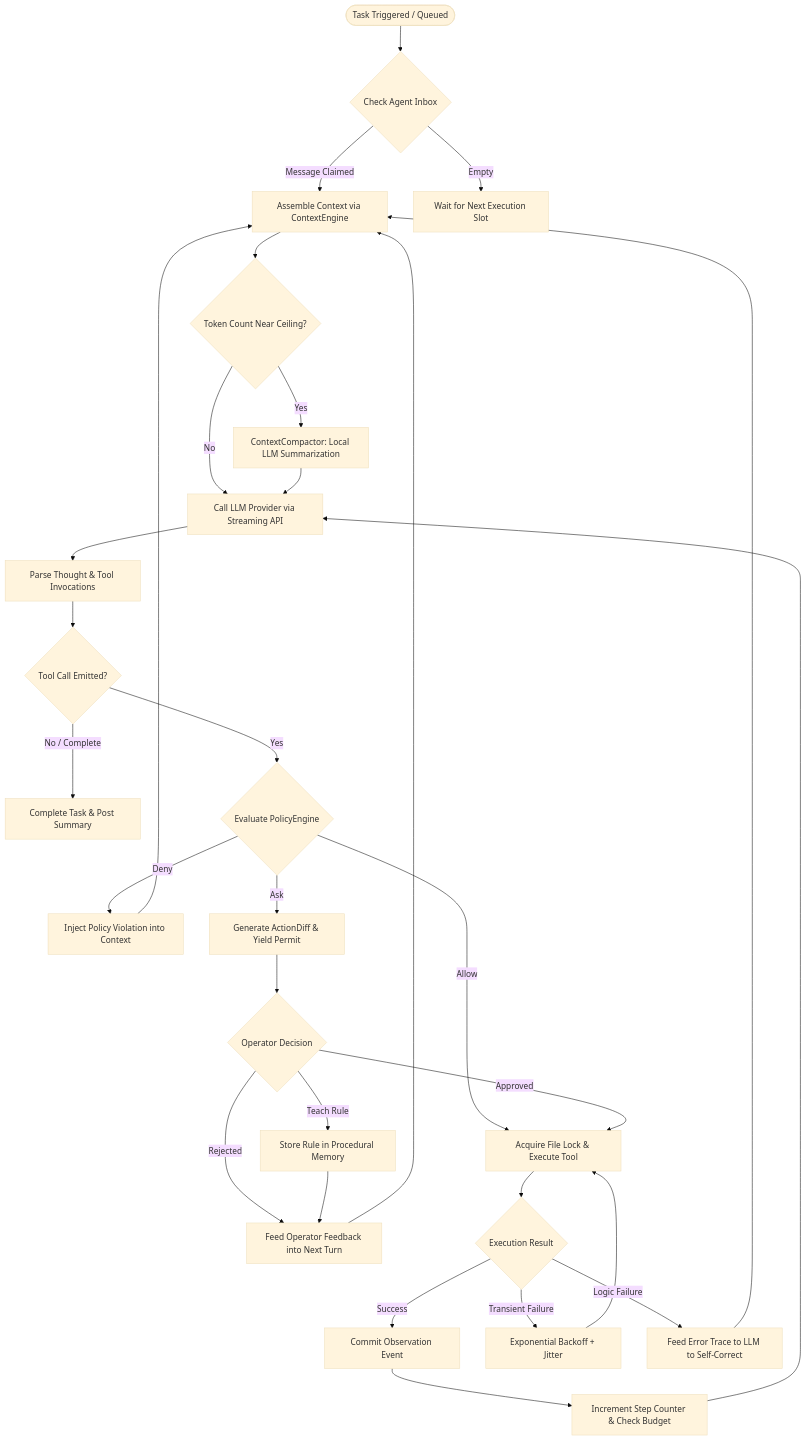
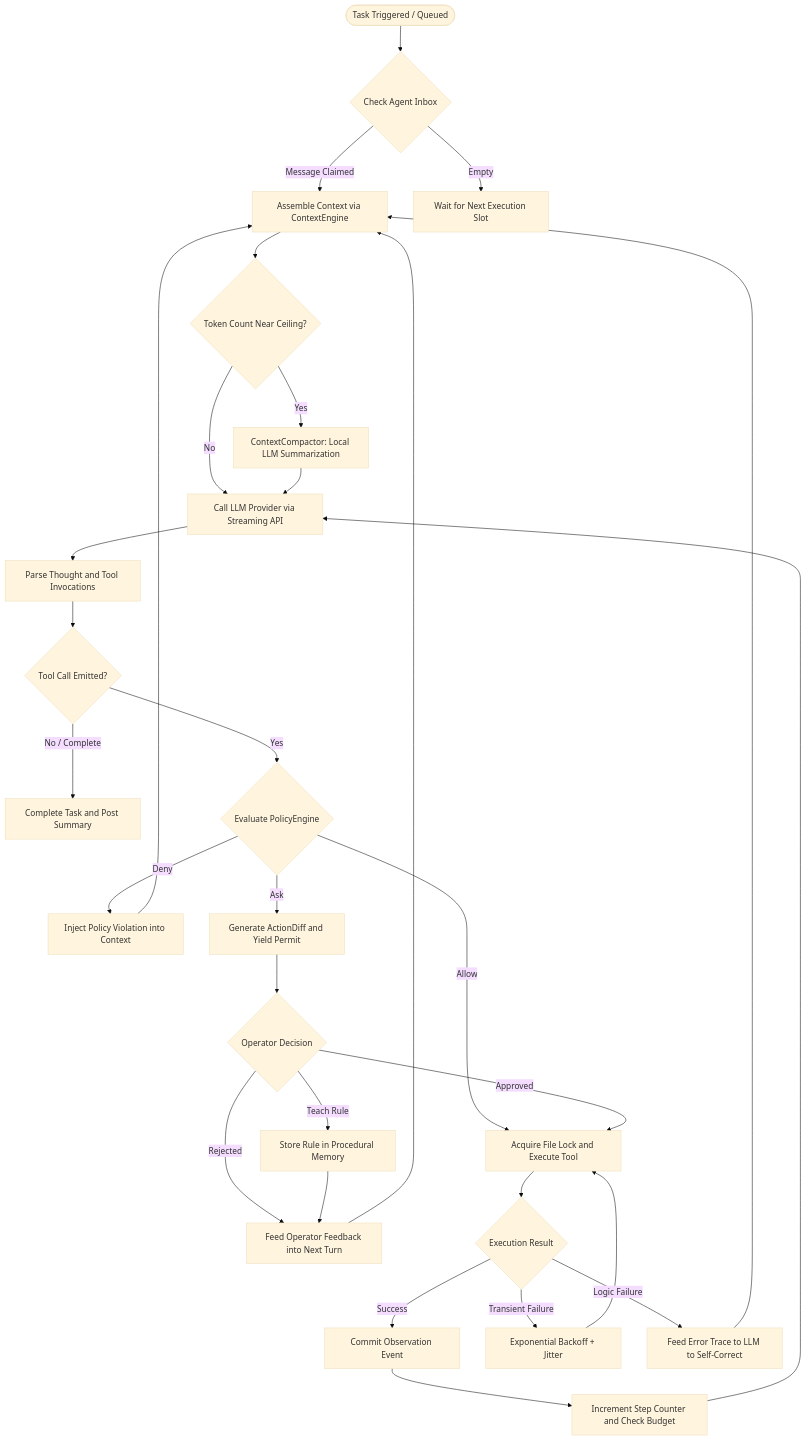
The third of 10 diagrams in docs/ARCHITECTURE.md (abhayzangir1/trans4mer), drawn with Mermaid (base theme) before and after one commit. The commit also changed other lines of this file, not shown here.

Commit message:
docs: sanitize Mermaid diagram syntax for GitHub native renderer

````diff
--- a/docs/ARCHITECTURE.md
+++ b/docs/ARCHITECTURE.md
@@ -152,39 +152,39 @@
 ```mermaid
 flowchart TD
     Start([Task Triggered / Queued]) --> InboxCheck{Check Agent Inbox}
     InboxCheck -->|Message Claimed| AssembleContext[Assemble Context via ContextEngine]
     InboxCheck -->|Empty| WaitSlot[Wait for Next Execution Slot]
     
     AssembleContext --> ContextCompaction{Token Count Near Ceiling?}
     ContextCompaction -->|Yes| RunCompactor[ContextCompactor: Local LLM Summarization]
     ContextCompaction -->|No| LLMInference[Call LLM Provider via Streaming API]
     RunCompactor --> LLMInference
 
-    LLMInference --> ParseThought[Parse Thought & Tool Invocations]
+    LLMInference --> ParseThought["Parse Thought and Tool Invocations"]
     ParseThought --> ToolDecision{Tool Call Emitted?}
     
-    ToolDecision -->|No / Complete| CompleteTask[Complete Task & Post Summary]
+    ToolDecision -->|No / Complete| CompleteTask["Complete Task and Post Summary"]
     ToolDecision -->|Yes| PolicyCheck{Evaluate PolicyEngine}
 
-    PolicyCheck -->|Deny| RejectTool[Inject Policy Violation into Context]
-    PolicyCheck -->|Ask| HumanGate[Generate ActionDiff & Yield Permit]
-    PolicyCheck -->|Allow| ExecuteTool[Acquire File Lock & Execute Tool]
+    PolicyCheck -->|Deny| RejectTool["Inject Policy Violation into Context"]
+    PolicyCheck -->|Ask| HumanGate["Generate ActionDiff and Yield Permit"]
+    PolicyCheck -->|Allow| ExecuteTool["Acquire File Lock and Execute Tool"]
 
     HumanGate --> HumanResolution{Operator Decision}
     HumanResolution -->|Approved| ExecuteTool
-    HumanResolution -->|Rejected| InjectFeedback[Feed Operator Feedback into Next Turn]
-    HumanResolution -->|Teach Rule| DistillRule[Store Rule in Procedural Memory]
+    HumanResolution -->|Rejected| InjectFeedback["Feed Operator Feedback into Next Turn"]
+    HumanResolution -->|Teach Rule| DistillRule["Store Rule in Procedural Memory"]
     DistillRule --> InjectFeedback
 
     ExecuteTool --> ToolResult{Execution Result}
-    ToolResult -->|Success| CommitObs[Commit Observation Event]
-    ToolResult -->|Transient Failure| BackoffRetry[Exponential Backoff + Jitter]
-    ToolResult -->|Logic Failure| SelfHeal[Feed Error Trace to LLM to Self-Correct]
+    ToolResult -->|Success| CommitObs["Commit Observation Event"]
+    ToolResult -->|Transient Failure| BackoffRetry["Exponential Backoff + Jitter"]
+    ToolResult -->|Logic Failure| SelfHeal["Feed Error Trace to LLM to Self-Correct"]
 
     BackoffRetry --> ExecuteTool
     SelfHeal --> AssembleContext
     InjectFeedback --> AssembleContext
     RejectTool --> AssembleContext
-    CommitObs --> IncrementStep[Increment Step Counter & Check Budget]
+    CommitObs --> IncrementStep["Increment Step Counter and Check Budget"]
     IncrementStep --> LLMInference
 ```
````
